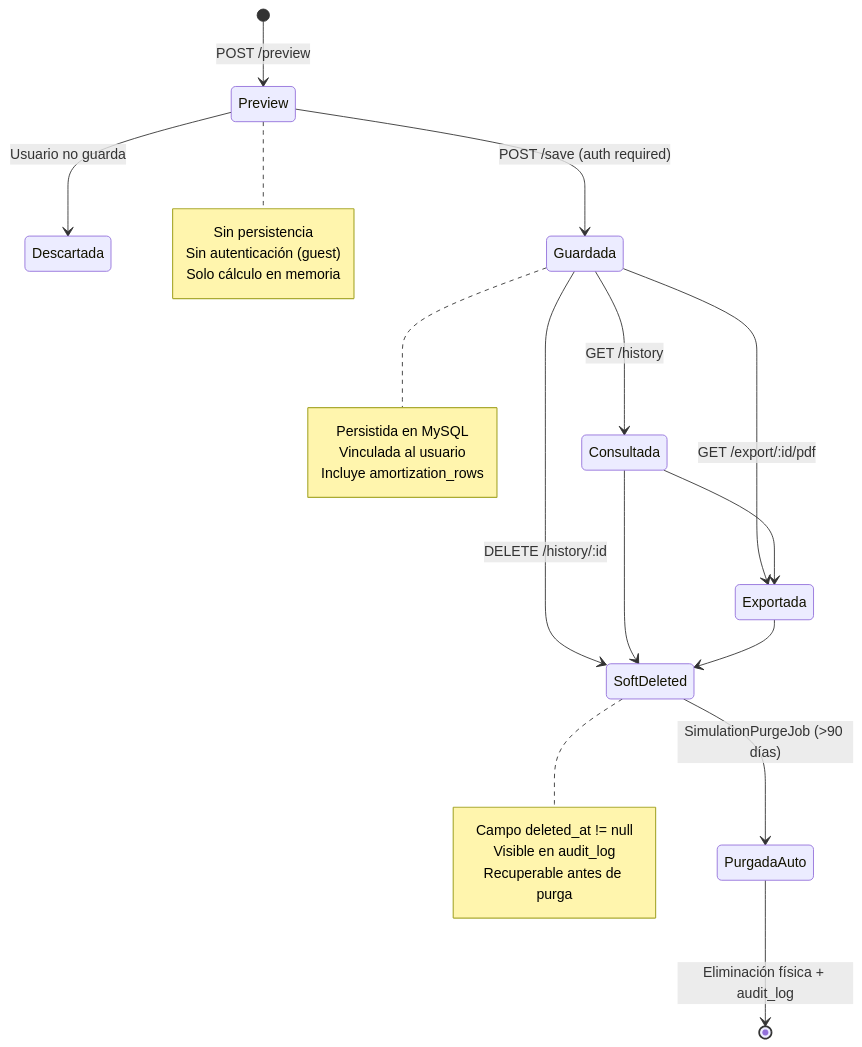
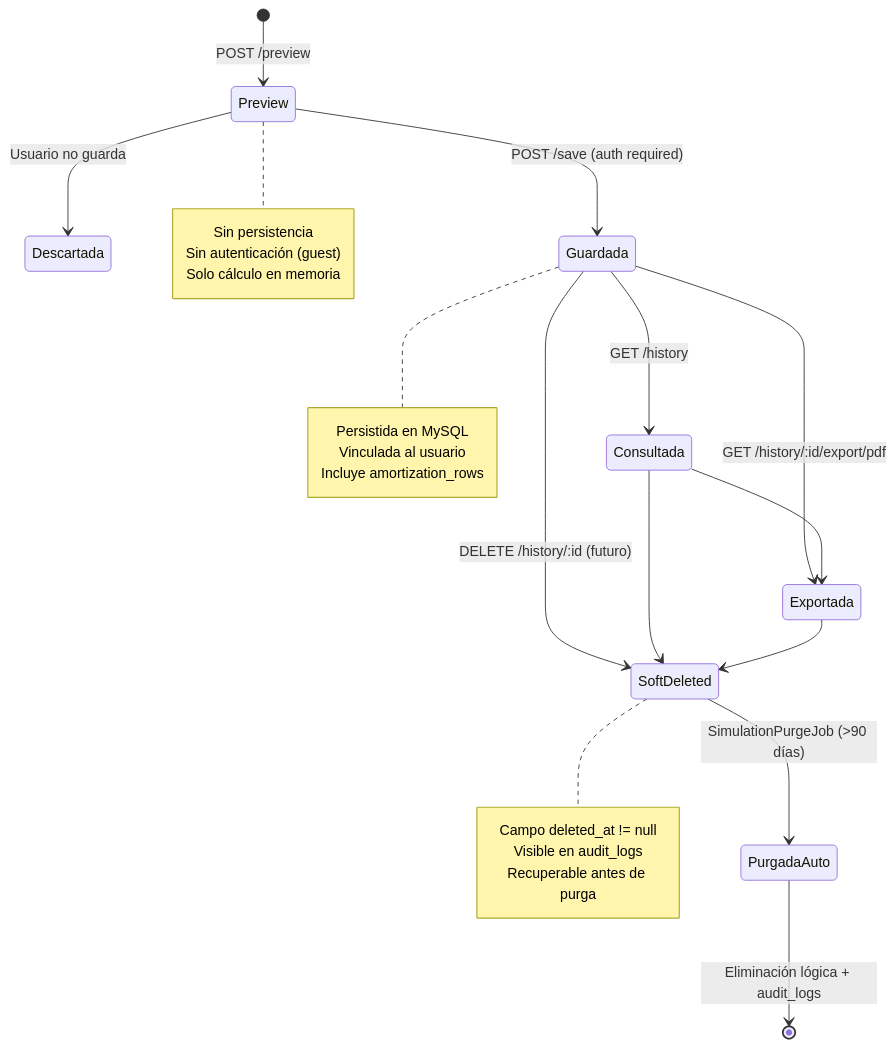
The eighth of 9 diagrams in docs/architecture/system-design.md (Dabji/Simulador-Credito-UPB), drawn with Mermaid before and after one commit. The commit also changed other lines of this file and 2 other files, not shown here.

First line of the commit message:
docs(architecture): update system design and technical decisions to reflect current implementation details

````diff
--- a/docs/architecture/system-design.md
+++ b/docs/architecture/system-design.md
@@ -345,37 +347,37 @@
 ```mermaid
 stateDiagram-v2
     [*] --> Preview : POST /preview
     Preview --> Descartada : Usuario no guarda
     Preview --> Guardada : POST /save (auth required)
 
     Guardada --> Consultada : GET /history
-    Guardada --> Exportada : GET /export/:id/pdf
-    Guardada --> SoftDeleted : DELETE /history/:id
+    Guardada --> Exportada : GET /history/:id/export/pdf
+    Guardada --> SoftDeleted : DELETE /history/:id (futuro)
 
     SoftDeleted --> PurgadaAuto : SimulationPurgeJob (>90 días)
 
     Consultada --> Exportada
     Consultada --> SoftDeleted
 
     Exportada --> SoftDeleted
 
-    PurgadaAuto --> [*] : Eliminación física + audit_log
+    PurgadaAuto --> [*] : Eliminación lógica + audit_logs
 
     note right of Preview
         Sin persistencia
         Sin autenticación (guest)
         Solo cálculo en memoria
     end note
 
     note right of Guardada
         Persistida en MySQL
         Vinculada al usuario
         Incluye amortization_rows
     end note
 
     note right of SoftDeleted
         Campo deleted_at != null
-        Visible en audit_log
+        Visible en audit_logs
         Recuperable antes de purga
     end note
 ```
````
